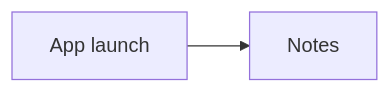
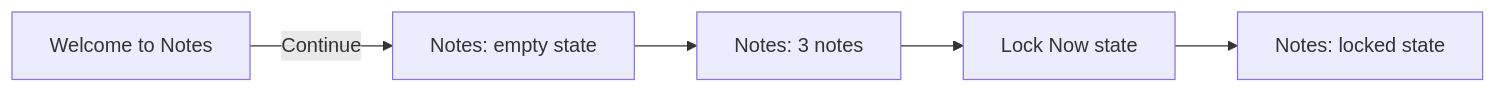
One commit to Dev-Corgi/Notes-Clone changed the diagram in docs/apple-notes/flows/notes/README.md. Above: the diagram before and after it, drawn with Mermaid. The commit also changed other lines of this file and 5 other files, not shown here.

Commit message:
fix: document Notes flow with actual Mobbin screens

````diff
--- a/docs/apple-notes/flows/notes/README.md
+++ b/docs/apple-notes/flows/notes/README.md
@@ -6,4 +11,7 @@
 ```mermaid
 flowchart LR
-  A[App launch] --> B[Notes]
+  A[Welcome to Notes] -->|Continue| B[Notes: empty state]
+  B --> C[Notes: 3 notes]
+  C --> D[Lock Now state]
+  D --> E[Notes: locked state]
 ```
````
